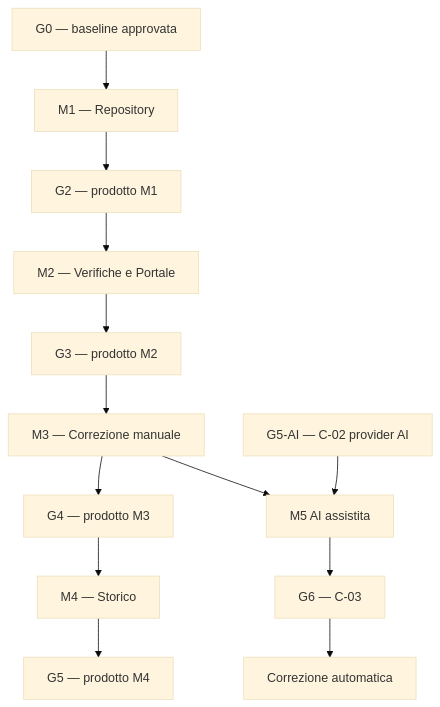
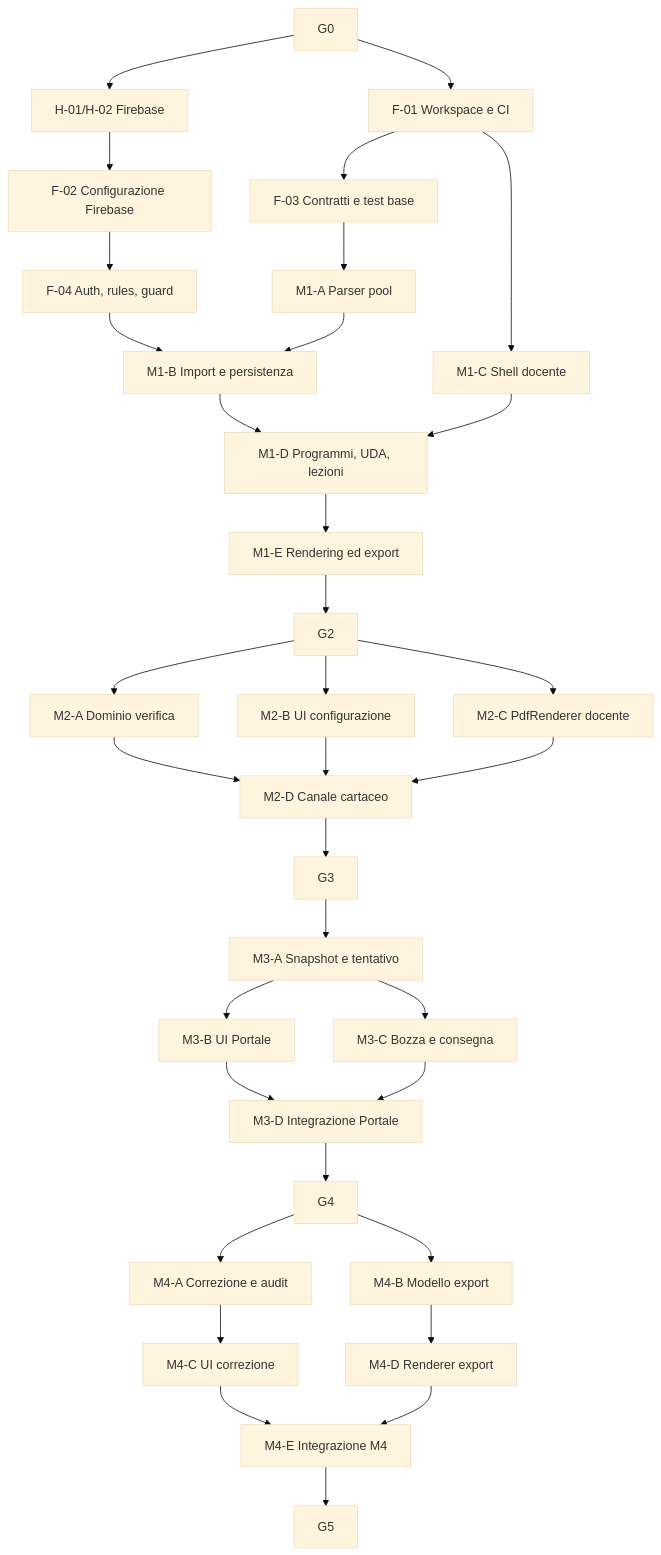
Before and after one commit to EnricoPaparo/SchoolForge: the diagram in documentazione/piano-implementazione.md, drawn with Mermaid (base theme). The commit also changed other lines of this file and 14 other files, not shown here.

Commit message:
docs: align delivery baseline with Firebase

````diff
--- a/documentazione/piano-implementazione.md
+++ b/documentazione/piano-implementazione.md
@@ -103,16 +106,36 @@
 ```mermaid
 flowchart TD
-    G0["G0 — baseline approvata"] --> M1["M1 — Repository"]
-    M1 --> G2["G2 — prodotto M1"]
-    G2 --> M2["M2 — Verifiche e Portale"]
-    M2 --> G3["G3 — prodotto M2"]
-    G3 --> M3["M3 — Correzione manuale"]
-    M3 --> G4["G4 — prodotto M3"]
-    G4 --> M4["M4 — Storico"]
-    M4 --> G5["G5 — prodotto M4"]
-
-    G5AI["G5-AI — C-02 provider AI"] --> AIC["M5 AI assistita"]
-    M3 --> AIC
-    AIC --> G6["G6 — C-03"]
-    G6 --> AIA["Correzione automatica"]
+    G0 --> F1["F-01 Workspace e CI"]
+    G0 --> H1["H-01/H-02 Firebase"]
+    H1 --> F2["F-02 Configurazione Firebase"]
+    F1 --> F3["F-03 Contratti e test base"]
+    F2 --> F4["F-04 Auth, rules, guard"]
+    F3 --> M1A["M1-A Parser pool"]
+    F4 --> M1B["M1-B Import e persistenza"]
+    M1A --> M1B
+    F1 --> M1C["M1-C Shell docente"]
+    M1B --> M1D["M1-D Programmi, UDA, lezioni"]
+    M1C --> M1D
+    M1D --> M1E["M1-E Rendering ed export"]
+    M1E --> G2
+    G2 --> M2A["M2-A Dominio verifica"]
+    G2 --> M2B["M2-B UI configurazione"]
+    G2 --> M2C["M2-C PdfRenderer docente"]
+    M2A --> M2D["M2-D Canale cartaceo"]
+    M2B --> M2D
+    M2C --> M2D
+    M2D --> G3
+    G3 --> M3A["M3-A Snapshot e tentativo"]
+    M3A --> M3B["M3-B UI Portale"]
+    M3A --> M3C["M3-C Bozza e consegna"]
+    M3B --> M3D["M3-D Integrazione Portale"]
+    M3C --> M3D
+    M3D --> G4
+    G4 --> M4A["M4-A Correzione e audit"]
+    G4 --> M4B["M4-B Modello export"]
+    M4A --> M4C["M4-C UI correzione"]
+    M4B --> M4D["M4-D Renderer export"]
+    M4C --> M4E["M4-E Integrazione M4"]
+    M4D --> M4E
+    M4E --> G5
 ```
````
